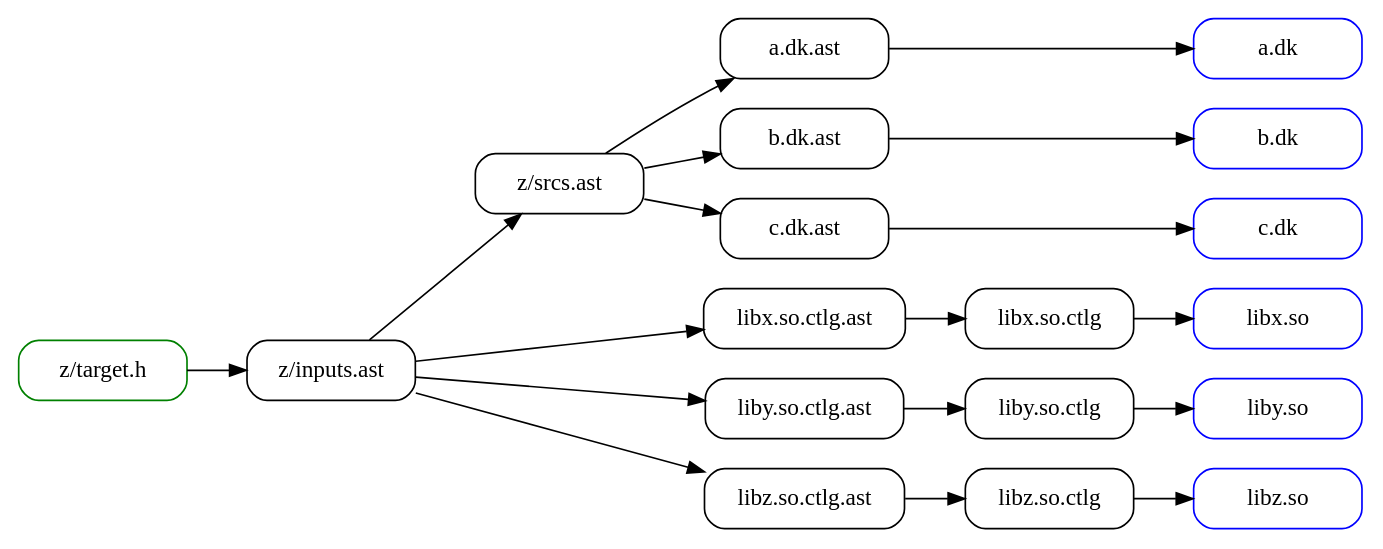
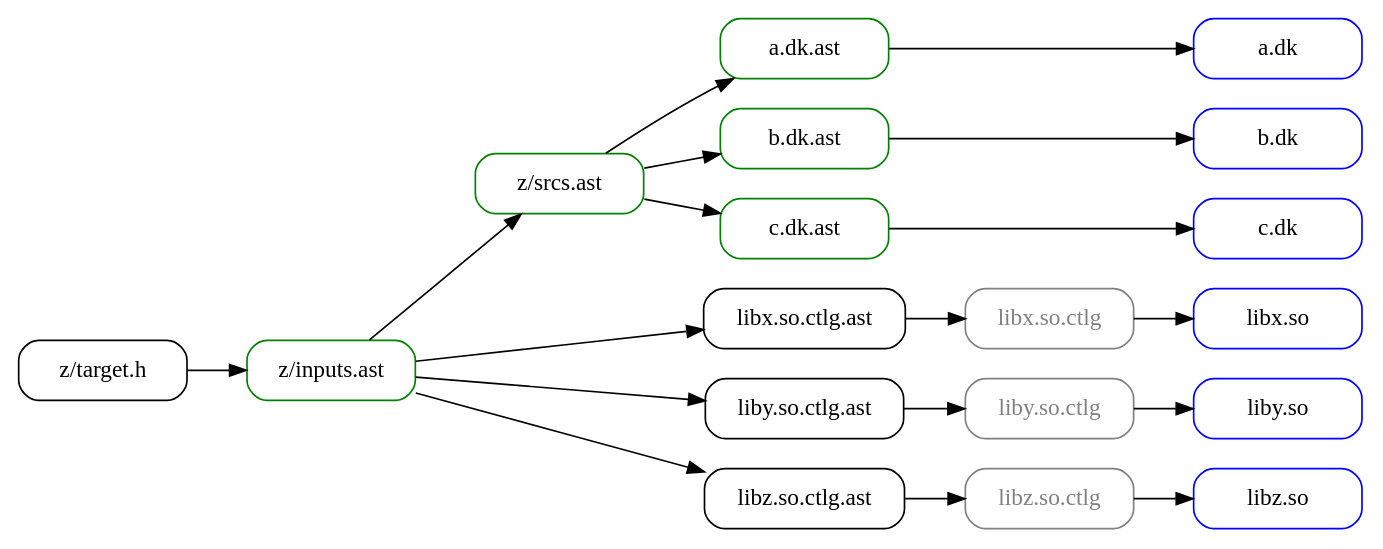
The diagram in depends.dot (Ayyzee/dakota), drawn with Graphviz before and after one commit.

Commit message:
Update depend.dot to better express the relavent nodes.

```diff
--- a/depends.dot
+++ b/depends.dot
@@ -1,47 +1,54 @@
 digraph {
   graph [ rankdir = LR, dir = back ];
   node [ shape = rect, style = rounded, width = 1.4 ];
 
   "a.dk" [ color = blue ];
   "b.dk" [ color = blue ];
   "c.dk" [ color = blue ];
+  "a.dk.ast" [ color = green ];
+  "b.dk.ast" [ color = green ];
+  "c.dk.ast" [ color = green ];
+  "z/srcs.ast" [ color = green ];
+  "z/inputs.ast" [ color = green ];
   "libx.so" [ color = blue ];
   "liby.so" [ color = blue ];
   "libz.so" [ color = blue ];
-  "z/target.h" [ color = green ];
+  "libx.so.ctlg" [ fontcolor = gray, color = gray ];
+  "liby.so.ctlg" [ fontcolor = gray, color = gray ];
+  "libz.so.ctlg" [ fontcolor = gray, color = gray ];
 
   "z/target.h" -> "z/inputs.ast";
 
   "z/inputs.ast" -> "z/srcs.ast";
   "z/inputs.ast" -> "libx.so.ctlg.ast";
   "z/inputs.ast" -> "liby.so.ctlg.ast";
   "z/inputs.ast" -> "libz.so.ctlg.ast";
 
   "z/srcs.ast" -> "a.dk.ast" -> "a.dk";
   "z/srcs.ast" -> "b.dk.ast" -> "b.dk";
   "z/srcs.ast" -> "c.dk.ast" -> "c.dk";
 
   "libx.so.ctlg.ast" -> "libx.so.ctlg" -> "libx.so";
   "liby.so.ctlg.ast" -> "liby.so.ctlg" -> "liby.so";
   "libz.so.ctlg.ast" -> "libz.so.ctlg" -> "libz.so";
 
   // layout control below
   subgraph {
     graph [ rank = same ];
     "a.dk.ast";
     "b.dk.ast";
     "c.dk.ast";
     "libx.so.ctlg.ast";
     "liby.so.ctlg.ast";
     "libz.so.ctlg.ast";
   }
   subgraph {
     graph [ rank = same ];
     "a.dk";
     "b.dk";
     "c.dk";
     "libx.so";
     "liby.so";
     "libz.so";
   }
 }
```
